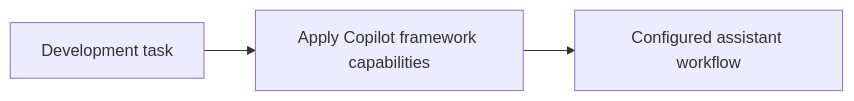
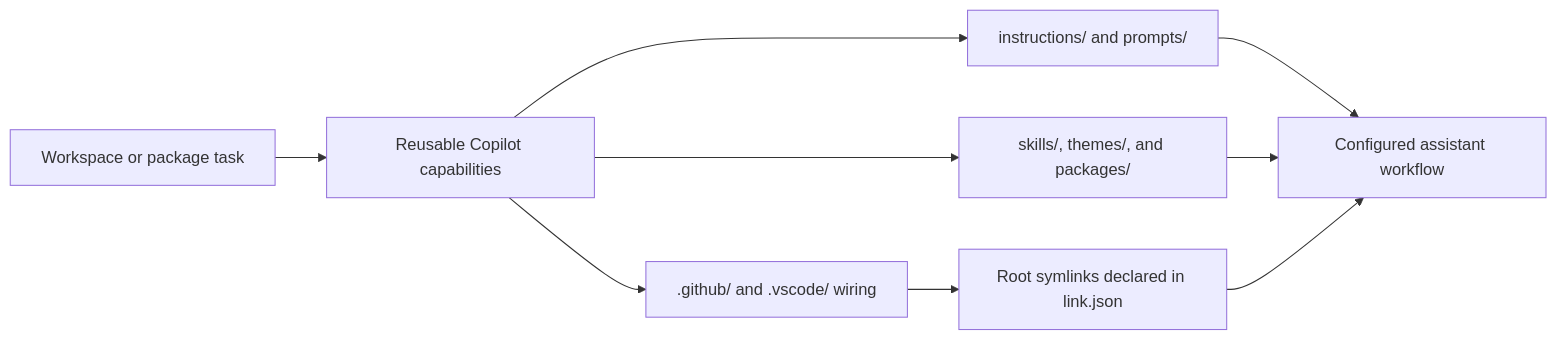
The diagram in readme.md (anoblet/copilot), drawn with Mermaid before and after one commit. The commit also changed other lines of this file and 93 other files, not shown here.

````diff
--- a/readme.md
+++ b/readme.md
@@ -11,5 +11,11 @@
 ```mermaid
 flowchart LR
-    A["Development task"] --> B["Apply Copilot framework capabilities"]
-    B --> C["Configured assistant workflow"]
+    A["Workspace or package task"] --> B["Reusable Copilot capabilities"]
+    B --> C["instructions/ and prompts/"]
+    B --> D["skills/, themes/, and packages/"]
+    B --> E[".github/ and .vscode/ wiring"]
+    E --> F["Root symlinks declared in link.json"]
+    C --> G["Configured assistant workflow"]
+    D --> G
+    F --> G
 ```
````
